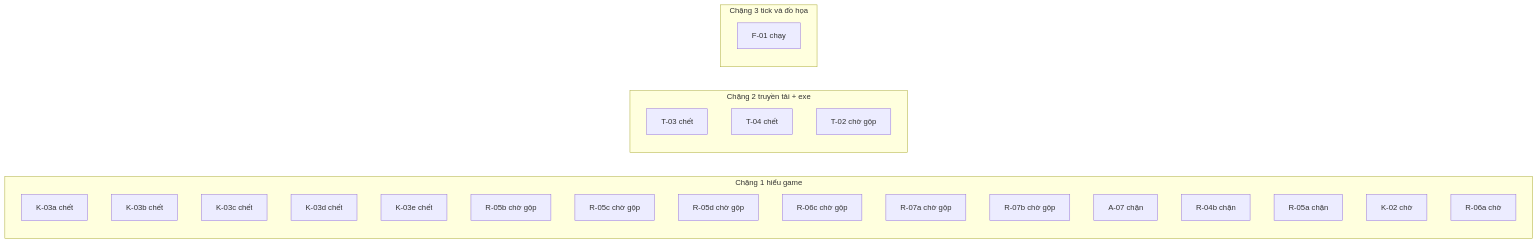
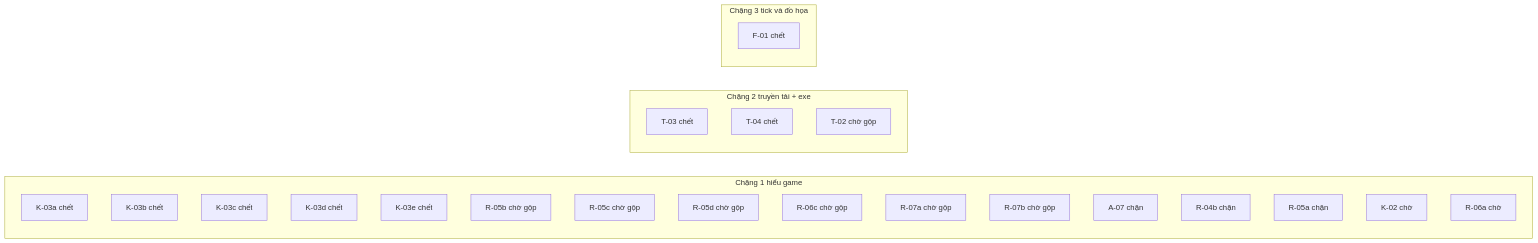
One commit to ndtangoss-dev/jx1-reports changed the diagram in JX1_OPS/STATE/TIEN-DO.md. Above: the diagram before and after it, drawn with Mermaid. The commit also changed other lines of this file and 3 other files, not shown here.

````diff
--- a/JX1_OPS/STATE/TIEN-DO.md
+++ b/JX1_OPS/STATE/TIEN-DO.md
@@ -9,29 +9,29 @@
 ```mermaid
 flowchart LR
   subgraph S1["Chặng 1 hiểu game"]
     K_03a["K-03a chết"]
     K_03b["K-03b chết"]
     K_03c["K-03c chết"]
     K_03d["K-03d chết"]
     K_03e["K-03e chết"]
     R_05b["R-05b chờ gộp"]
     R_05c["R-05c chờ gộp"]
     R_05d["R-05d chờ gộp"]
     R_06c["R-06c chờ gộp"]
     R_07a["R-07a chờ gộp"]
     R_07b["R-07b chờ gộp"]
     A_07["A-07 chặn"]
     R_04b["R-04b chặn"]
     R_05a["R-05a chặn"]
     K_02["K-02 chờ"]
     R_06a["R-06a chờ"]
   end
   subgraph S2["Chặng 2 truyền tải + exe"]
     T_03["T-03 chết"]
     T_04["T-04 chết"]
     T_02["T-02 chờ gộp"]
   end
   subgraph S3["Chặng 3 tick và đồ họa"]
-    F_01["F-01 chạy"]
+    F_01["F-01 chết"]
   end
 ```
````
